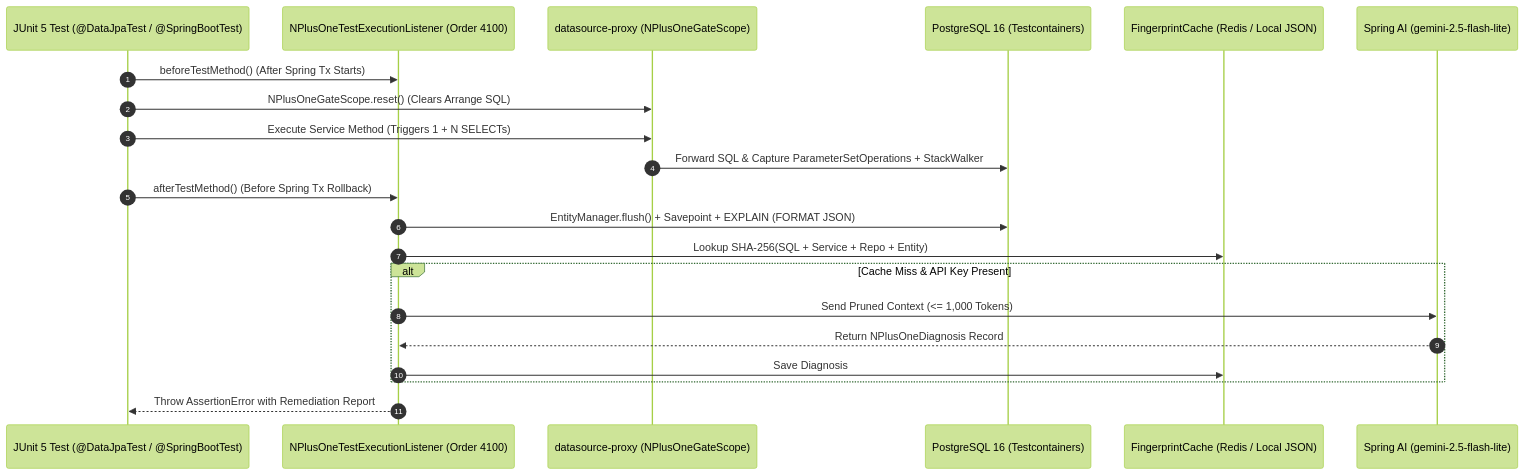
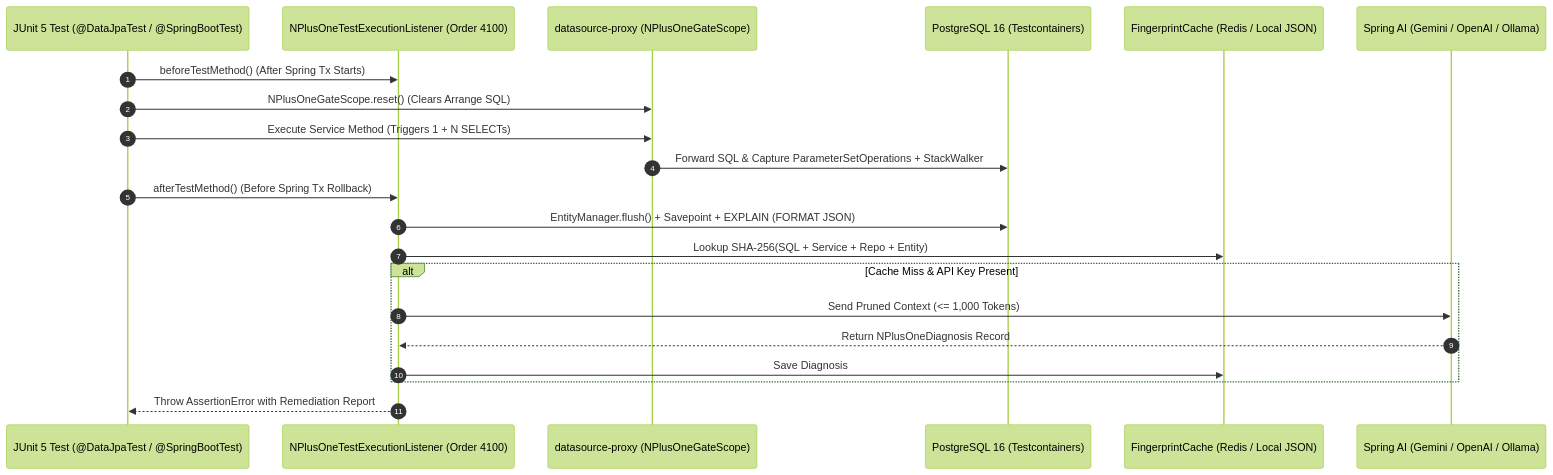
One commit to builtbyjuls/spring-ai-nplus1-test-gate changed the diagram in README.md. Above: the diagram before and after it, drawn with Mermaid (forest theme). The commit also changed other lines of this file, not shown here.

Commit message:
docs: update architecture reference and ai providers in readme

````diff
--- a/README.md
+++ b/README.md
@@ -43,25 +43,25 @@
 ```mermaid
 sequenceDiagram
     autonumber
     participant Test as JUnit 5 Test (@DataJpaTest / @SpringBootTest)
     participant Listener as NPlusOneTestExecutionListener (Order 4100)
     participant Proxy as datasource-proxy (NPlusOneGateScope)
     participant PG as PostgreSQL 16 (Testcontainers)
     participant Cache as FingerprintCache (Redis / Local JSON)
-    participant AI as Spring AI (gemini-2.5-flash-lite)
+    participant AI as Spring AI (Gemini / OpenAI / Ollama)
 
     Test->>Listener: beforeTestMethod() (After Spring Tx Starts)
     Test->>Proxy: NPlusOneGateScope.reset() (Clears Arrange SQL)
     Test->>Proxy: Execute Service Method (Triggers 1 + N SELECTs)
     Proxy->>PG: Forward SQL & Capture ParameterSetOperations + StackWalker
     Test->>Listener: afterTestMethod() (Before Spring Tx Rollback)
     Listener->>PG: EntityManager.flush() + Savepoint + EXPLAIN (FORMAT JSON)
     Listener->>Cache: Lookup SHA-256(SQL + Service + Repo + Entity)
     alt Cache Miss & API Key Present
         Listener->>AI: Send Pruned Context (<= 1,000 Tokens)
         AI-->>Listener: Return NPlusOneDiagnosis Record
         Listener->>Cache: Save Diagnosis
     end
     Listener-->>Test: Throw AssertionError with Remediation Report
 
 ```
````
